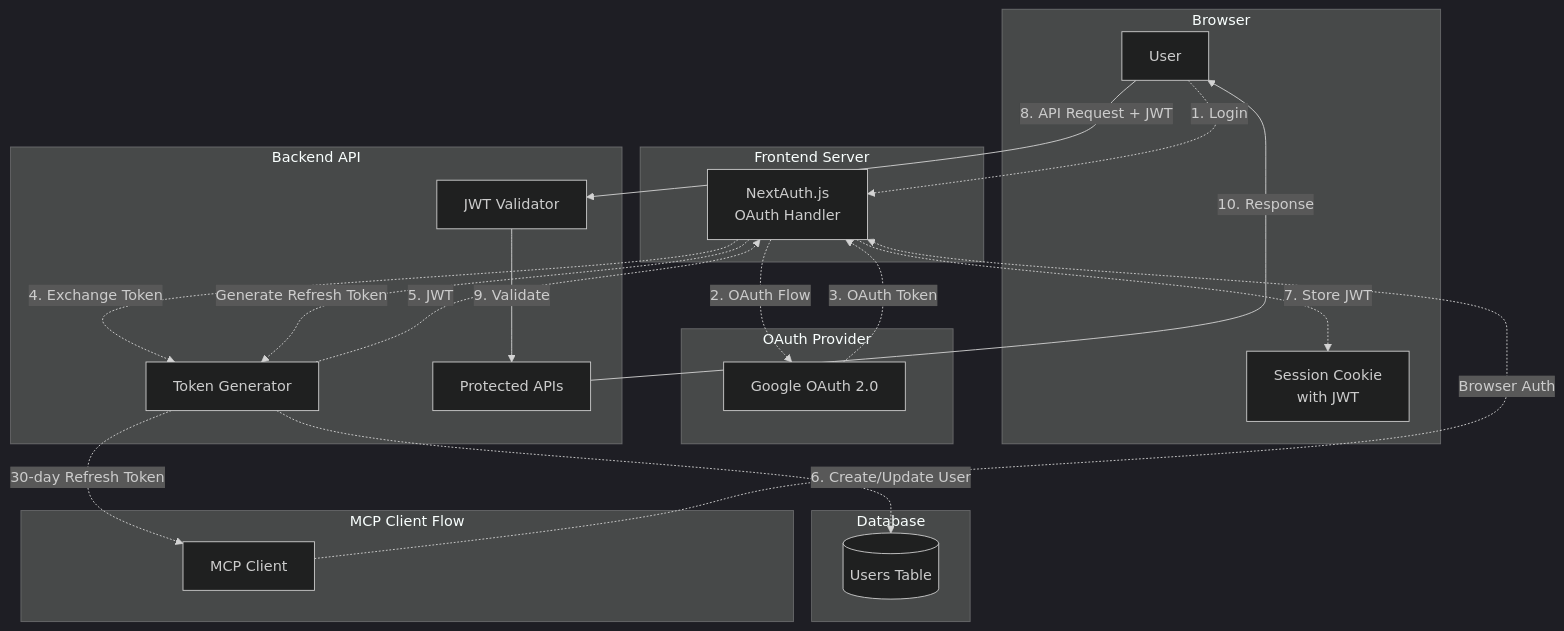
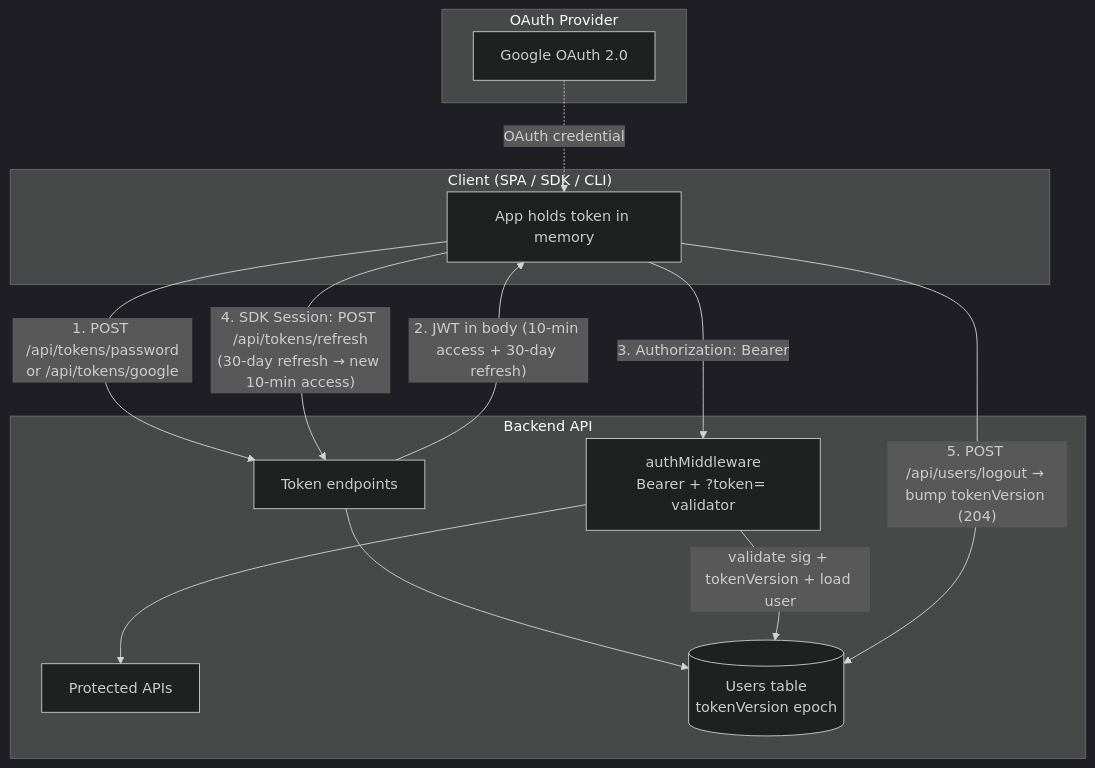
One commit to The-AI-Alliance/semiont changed the diagram in docs/system/administration/AUTHENTICATION.md. Above: the diagram before and after it, drawn with Mermaid (dark theme). The commit also changed other lines of this file and 31 other files, not shown here.

````diff
--- a/docs/system/administration/AUTHENTICATION.md
+++ b/docs/system/administration/AUTHENTICATION.md
@@ -20,46 +21,28 @@
 ```mermaid
 graph TB
-    subgraph "Browser"
-        User[User]
-        Session[Session Cookie<br/>with JWT]
-    end
-
-    subgraph "Frontend Server"
-        NextAuth[NextAuth.js<br/>OAuth Handler]
+    subgraph "Client (SPA / SDK / CLI)"
+        App[App holds token in memory]
     end
 
     subgraph "OAuth Provider"
         Google[Google OAuth 2.0]
     end
 
     subgraph "Backend API"
-        TokenGen[Token Generator]
-        JWT[JWT Validator]
+        TokenGen[Token endpoints]
+        MW[authMiddleware<br/>Bearer + ?token= validator]
         API[Protected APIs]
+        Users[(Users table<br/>tokenVersion epoch)]
     end
 
-    subgraph "Database"
-        Users[(Users Table)]
-    end
+    App -->|"1. POST /api/tokens/password<br/>or /api/tokens/google"| TokenGen
+    Google -.->|OAuth credential| App
+    TokenGen -->|"2. JWT in body (10-min access + 30-day refresh)"| App
+    TokenGen --> Users
 
-    %% OAuth flow (server-side only)
-    User -.->|1. Login| NextAuth
-    NextAuth -.->|2. OAuth Flow| Google
-    Google -.->|3. OAuth Token| NextAuth
-    NextAuth -.->|4. Exchange Token| TokenGen
-    TokenGen -.->|5. JWT| NextAuth
-    TokenGen -.->|6. Create/Update User| Users
-    NextAuth -.->|7. Store JWT| Session
-
-    %% API calls (client-side from browser)
-    User -->|8. API Request + JWT| JWT
-    JWT -->|9. Validate| API
-    API -->|10. Response| User
-
-    subgraph "MCP Client Flow"
-        MCP[MCP Client]
-        MCP -.->|Browser Auth| NextAuth
-        NextAuth -.->|Generate Refresh Token| TokenGen
-        TokenGen -.->|30-day Refresh Token| MCP
-    end
+    App -->|"3. Authorization: Bearer <access>"| MW
+    MW -->|"validate sig + tokenVersion + load user"| Users
+    MW --> API
+    App -->|"4. SDK Session: POST /api/tokens/refresh<br/>(30-day refresh → new 10-min access)"| TokenGen
+    App -->|"5. POST /api/users/logout → bump tokenVersion (204)"| Users
 ```
````
